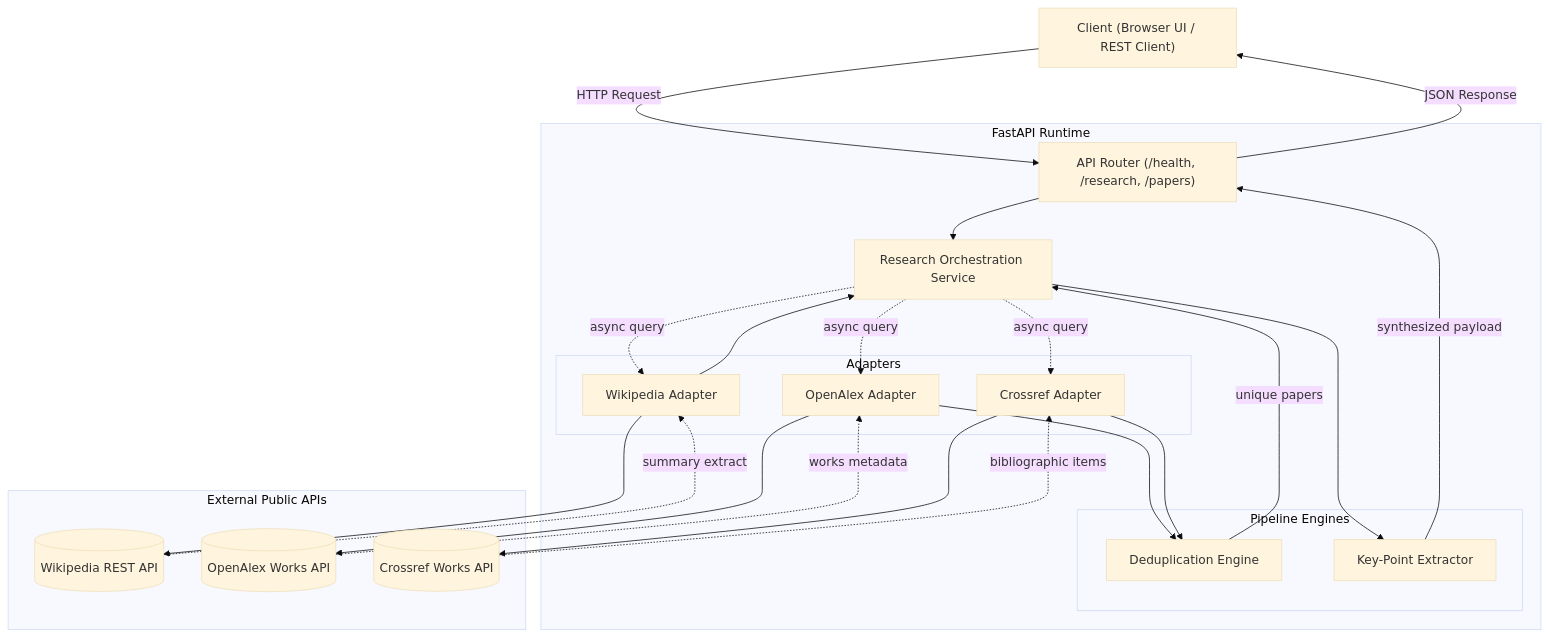
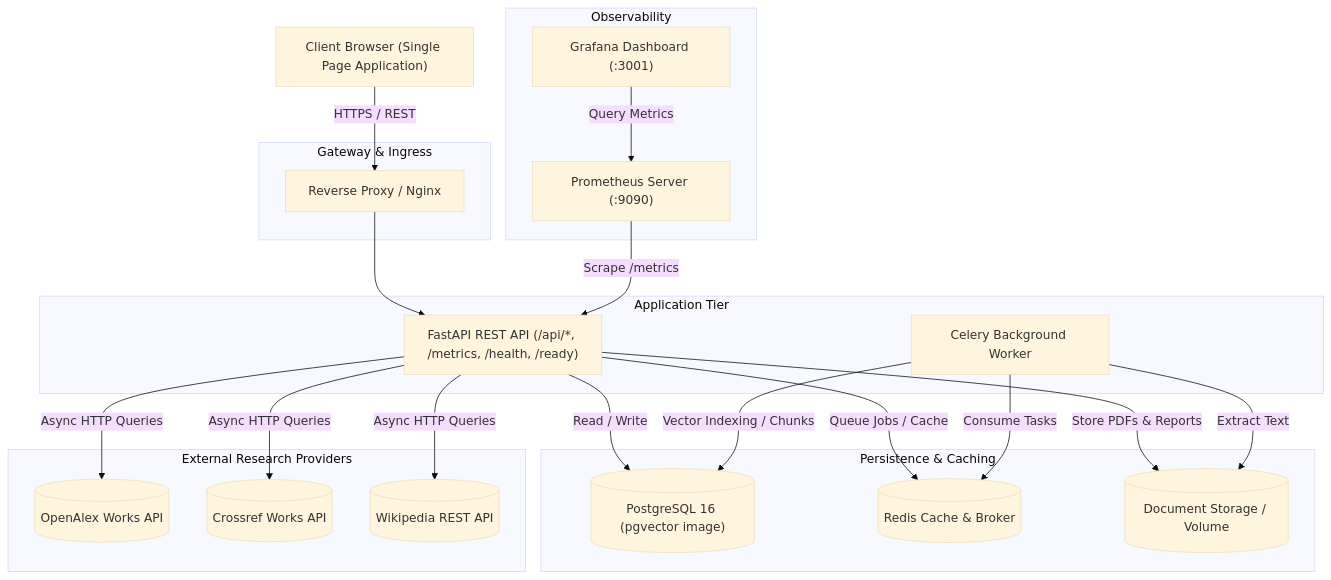
The first of 2 diagrams in docs/architecture.md (Niruuu2005/ResearchHUB), drawn with Mermaid (base theme) before and after one commit. The commit also changed other lines of this file and 85 other files, not shown here.

````diff
--- a/docs/architecture.md
+++ b/docs/architecture.md
@@ -9,50 +10,47 @@
 ```mermaid
 flowchart TD
-    Client["Client (Browser UI / REST Client)"]
+    Browser["Client Browser (Single Page Application)"]
     
-    subgraph FastAPI Runtime
-        Router["API Router (/health, /research, /papers)"]
-        Service["Research Orchestration Service"]
-        
-        subgraph Adapters
-            Wiki["Wikipedia Adapter"]
-            OpenAlex["OpenAlex Adapter"]
-            Crossref["Crossref Adapter"]
-        end
-        
-        subgraph Pipeline Engines
-            Dedup["Deduplication Engine"]
-            Extractor["Key-Point Extractor"]
-        end
+    subgraph Gateway & Ingress
+        Nginx["Reverse Proxy / Nginx"]
     end
-    
-    subgraph External Public APIs
-        ExtWiki[("Wikipedia REST API")]
-        ExtAlex[("OpenAlex Works API")]
-        ExtCross[("Crossref Works API")]
+
+    subgraph Application Tier
+        API["FastAPI REST API (/api/*, /metrics, /health, /ready)"]
+        Worker["Celery Background Worker"]
     end
-    
-    Client -->|HTTP Request| Router
-    Router --> Service
-    
-    Service -.->|async query| Wiki
-    Service -.->|async query| OpenAlex
-    Service -.->|async query| Crossref
-    
-    Wiki --> ExtWiki
-    OpenAlex --> ExtAlex
-    Crossref --> ExtCross
-    
-    ExtWiki -.->|summary extract| Wiki
-    ExtAlex -.->|works metadata| OpenAlex
-    ExtCross -.->|bibliographic items| Crossref
-    
-    Wiki --> Service
-    OpenAlex --> Dedup
-    Crossref --> Dedup
-    
-    Dedup -->|unique papers| Service
-    Service --> Extractor
-    Extractor -->|synthesized payload| Router
-    Router -->|JSON Response| Client
+
+    subgraph Persistence & Caching
+        PG[("PostgreSQL 16 (pgvector image)")]
+        Redis[("Redis Cache & Broker")]
+        DocStore[("Document Storage / Volume")]
+    end
+
+    subgraph Observability
+        Prometheus["Prometheus Server (:9090)"]
+        Grafana["Grafana Dashboard (:3001)"]
+    end
+
+    subgraph External Research Providers
+        OpenAlex[("OpenAlex Works API")]
+        Crossref[("Crossref Works API")]
+        Wiki[("Wikipedia REST API")]
+    end
+
+    Browser -->|HTTPS / REST| Nginx
+    Nginx --> API
+    API -->|Read / Write| PG
+    API -->|Queue Jobs / Cache| Redis
+    API -->|Store PDFs & Reports| DocStore
+
+    Worker -->|Consume Tasks| Redis
+    Worker -->|Vector Indexing / Chunks| PG
+    Worker -->|Extract Text| DocStore
+
+    API -->|Async HTTP Queries| OpenAlex
+    API -->|Async HTTP Queries| Crossref
+    API -->|Async HTTP Queries| Wiki
+
+    Prometheus -->|Scrape /metrics| API
+    Grafana -->|Query Metrics| Prometheus
 ```
````
